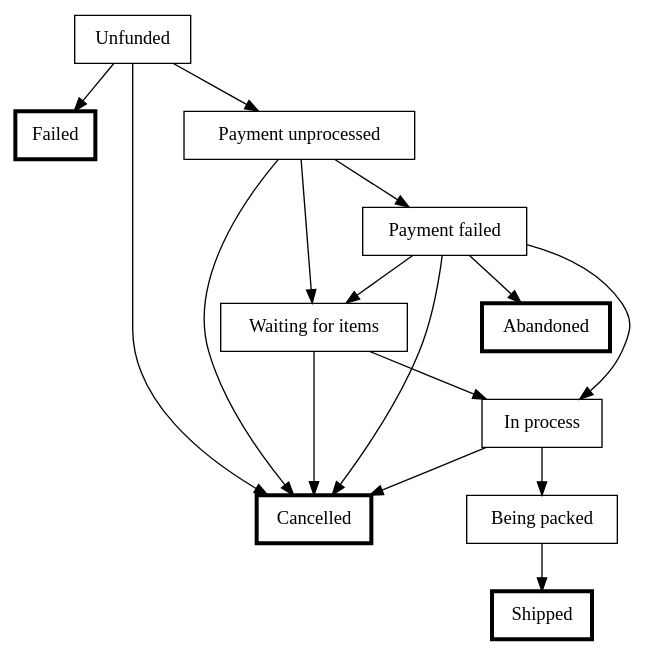
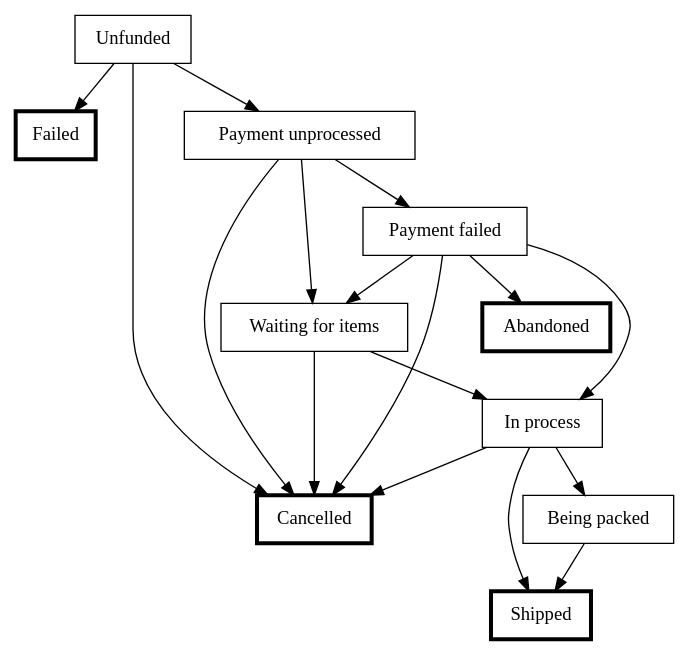
One commit to ampletorque/vagrant-setup changed the diagram in docs/model/cart.rst. Above: the diagram before and after it, drawn with Graphviz. The commit also changed 10 other files, not shown here.

```diff
--- a/docs/model/cart.rst
+++ b/docs/model/cart.rst
@@ -13,32 +13,33 @@
 .. graphviz::
 
     digraph finite_state_machine {
         rankdir=TB;
 
         node [shape = box];
 
         node [penwidth = 3];
         Failed Shipped Cancelled Abandoned;
 
         node [penwidth = 1];
 
         Unfunded -> "Payment unprocessed";
         Unfunded -> Failed;
 
         "Payment unprocessed" -> "Waiting for items";
         "Payment unprocessed" -> "Payment failed";
 
         "Payment failed" -> Abandoned;
         "Payment failed" -> "Waiting for items";
         "Payment failed" -> "In process";
 
         "Waiting for items" -> "In process";
         "In process" -> "Being packed";
+        "In process" -> Shipped;
         "Being packed" -> Shipped;
 
         Unfunded -> Cancelled;
         "Payment failed" -> Cancelled;
         "Payment unprocessed" -> Cancelled;
         "Waiting for items" -> Cancelled;
         "In process" -> Cancelled;
     }
```
